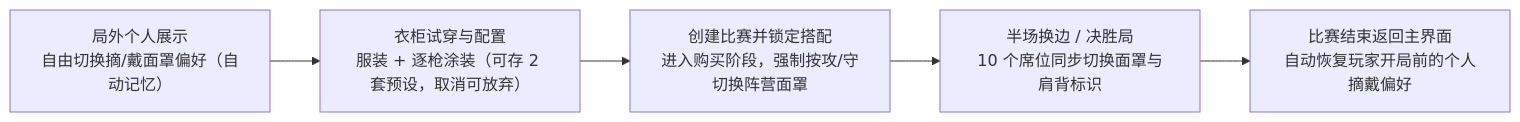
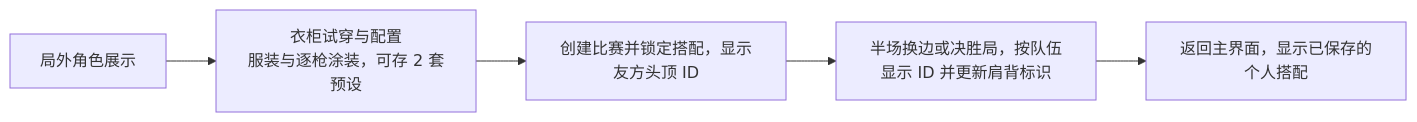
Before and after one commit to KAYUKI-one/AnimeCS: the diagram in Design/03-外观/角色服装与枪皮.md, drawn with Mermaid. The commit also changed other lines of this file and 2606 other files, not shown here.

````diff
--- a/Design/03-外观/角色服装与枪皮.md
+++ b/Design/03-外观/角色服装与枪皮.md
@@ -28,7 +28,7 @@
 ```mermaid
 flowchart LR
-    A["局外个人展示<br/>自由切换摘/戴面罩偏好（自动记忆）"] --> B["衣柜试穿与配置<br/>服装 + 逐枪涂装（可存 2 套预设，取消可放弃）"]
-    B --> C["创建比赛并锁定搭配<br/>进入购买阶段，强制按攻/守切换阵营面罩"]
-    C --> D["半场换边 / 决胜局<br/>10 个席位同步切换面罩与肩背标识"]
-    D --> E["比赛结束返回主界面<br/>自动恢复玩家开局前的个人摘戴偏好"]
+    A["局外角色展示"] --> B["衣柜试穿与配置<br/>服装与逐枪涂装，可存 2 套预设"]
+    B --> C["创建比赛并锁定搭配，显示友方头顶 ID"]
+    C --> D["半场换边或决胜局，按队伍显示 ID 并更新肩背标识"]
+    D --> E["返回主界面，显示已保存的个人搭配"]
 ```
````
